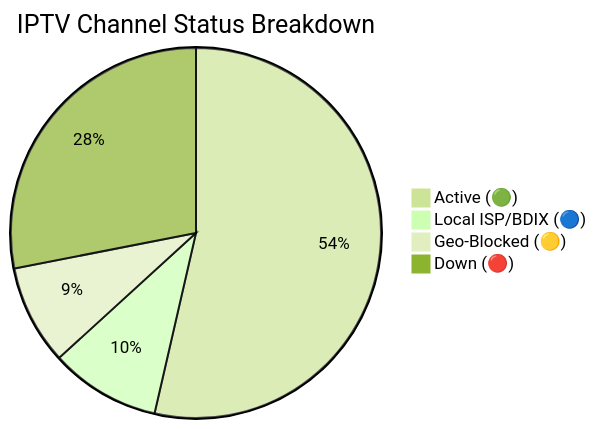
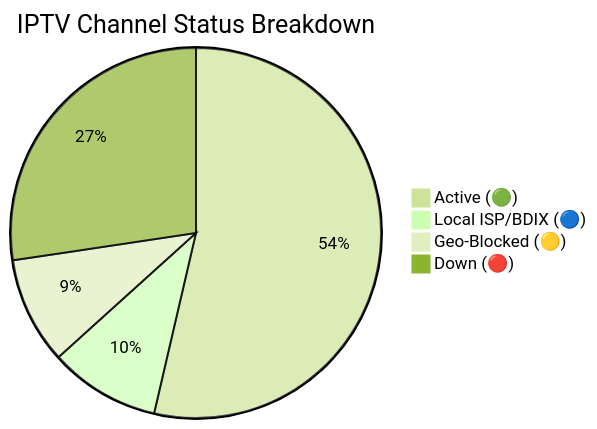
One commit to f6388600-ai/Web changed the diagram in README.md. Above: the diagram before and after it, drawn with Mermaid (forest theme). The commit also changed other lines of this file and 6 other files, not shown here.

````diff
--- a/README.md
+++ b/README.md
@@ -149,7 +149,7 @@
 ```mermaid
 pie title IPTV Channel Status Breakdown
-    "Active (🟢)" : 9289
-    "Local ISP/BDIX (🔵)" : 1670
-    "Geo-Blocked (🟡)" : 1507
-    "Down (🔴)" : 4866
+    "Active (🟢)" : 9296
+    "Local ISP/BDIX (🔵)" : 1677
+    "Geo-Blocked (🟡)" : 1617
+    "Down (🔴)" : 4742
 ```
````
